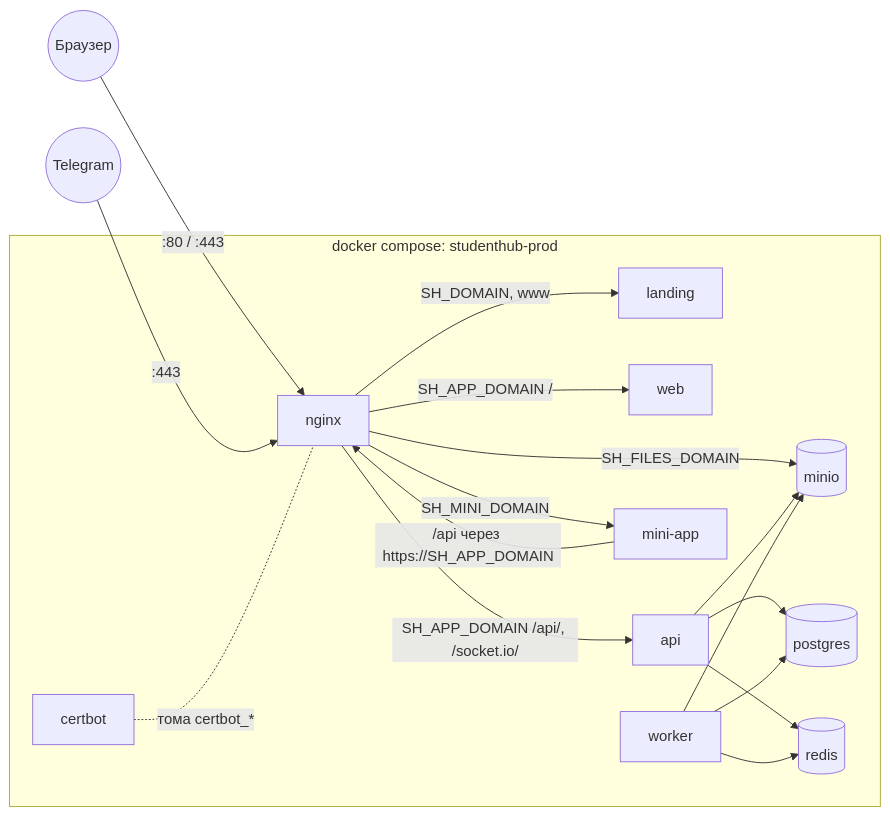
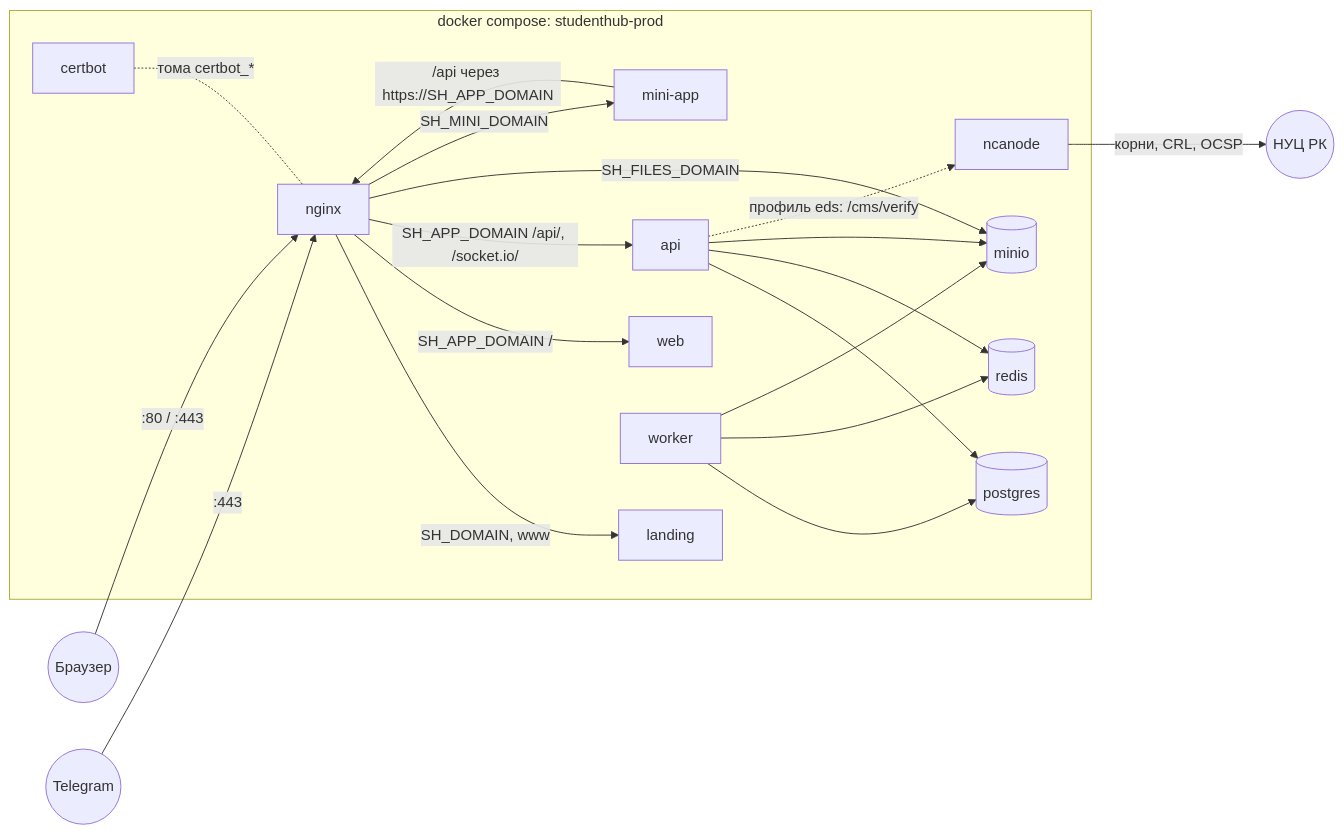
The first of 2 diagrams in docker/README.md (startupjafari/studenthub), drawn with Mermaid before and after one commit. The commit also changed other lines of this file and 5 other files, not shown here.

````diff
--- a/docker/README.md
+++ b/docker/README.md
@@ -55,22 +55,24 @@
 ```mermaid
 flowchart LR
   user((Браузер)) -->|":80 / :443"| nginx
   tg((Telegram)) -->|":443"| nginx
 
   subgraph stack["docker compose: studenthub-prod"]
     nginx -->|"SH_DOMAIN, www"| landing
     nginx -->|"SH_APP_DOMAIN /"| web
     nginx -->|"SH_APP_DOMAIN /api/, /socket.io/"| api
     nginx -->|"SH_FILES_DOMAIN"| minio
     nginx -->|"SH_MINI_DOMAIN"| miniapp["mini-app"]
     api --> postgres[(postgres)]
     api --> redis[(redis)]
     api --> minio[(minio)]
     worker --> postgres
     worker --> redis
     worker --> minio
+    api -.->|"профиль eds: /cms/verify"| ncanode
     certbot -. "тома certbot_*" .- nginx
   end
 
   miniapp -->|"/api через https://SH_APP_DOMAIN"| nginx
+  ncanode -->|"корни, CRL, OCSP"| nuc((НУЦ РК))
 ```
````
